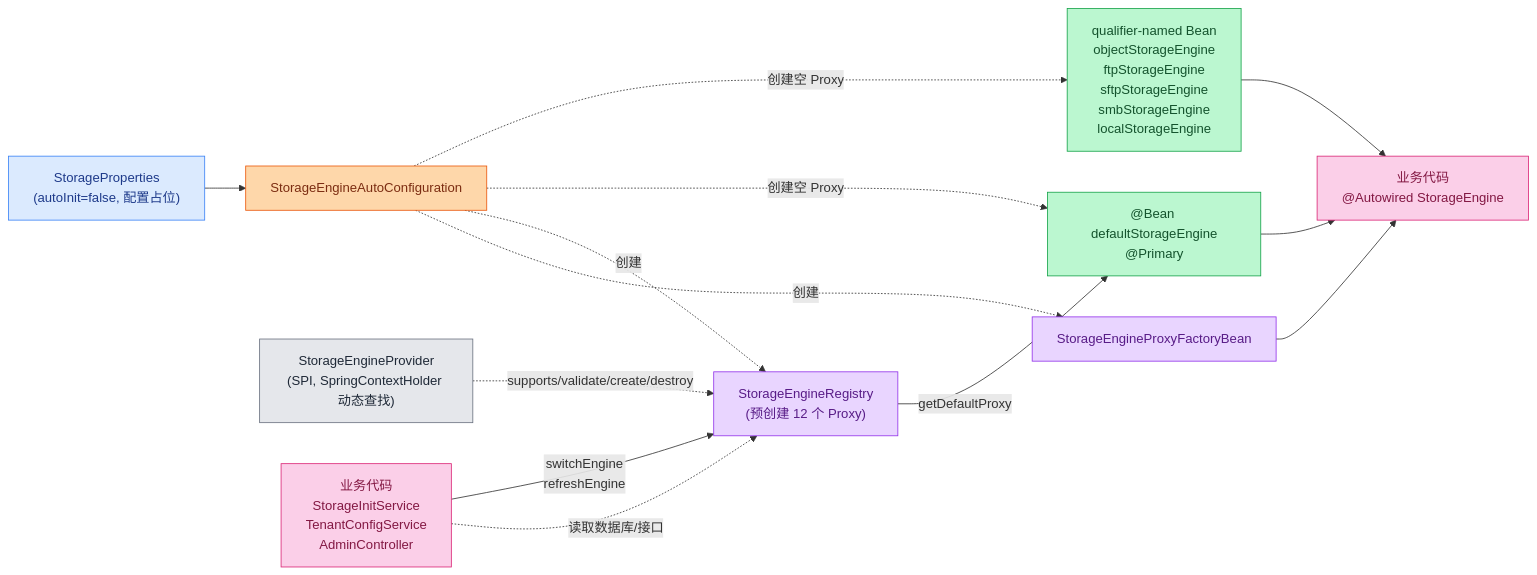
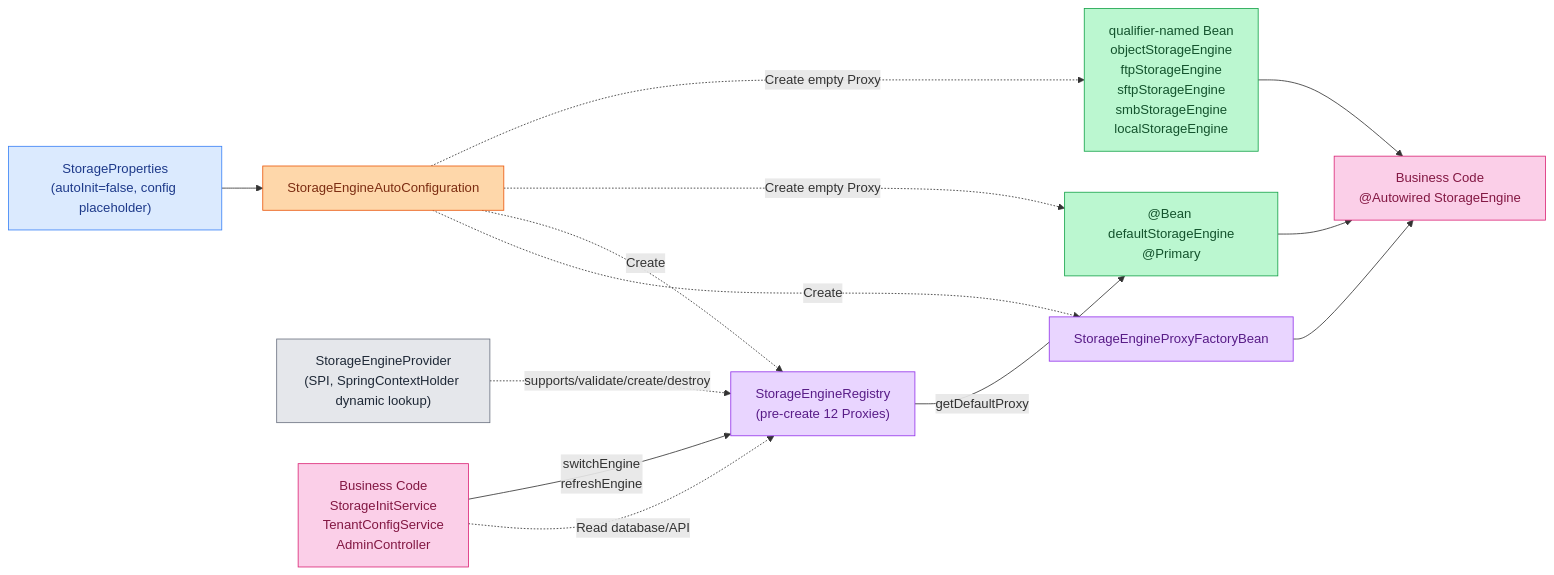
The third of 4 diagrams in atlas-richie-component/atlas-richie-component-storage/README.md (richie696/atlas-richie-platform), drawn with Mermaid before and after one commit. The commit also changed other lines of this file and 128 other files, not shown here.

````diff
--- a/atlas-richie-component/atlas-richie-component-storage/README.md
+++ b/atlas-richie-component/atlas-richie-component-storage/README.md
@@ -382,38 +382,38 @@
 ```mermaid
 graph LR
-    SP["StorageProperties<br/>(autoInit=false, 配置占位)"]
+    SP["StorageProperties<br/>(autoInit=false, config placeholder)"]
     AC["StorageEngineAutoConfiguration"]
     Qual["qualifier-named Bean<br/>objectStorageEngine<br/>ftpStorageEngine<br/>sftpStorageEngine<br/>smbStorageEngine<br/>localStorageEngine"]
     DefaultB["@Bean defaultStorageEngine<br/>@Primary"]
-    Reg["StorageEngineRegistry<br/>(预创建 12 个 Proxy)"]
+    Reg["StorageEngineRegistry<br/>(pre-create 12 Proxies)"]
     Proxy["StorageEngineProxyFactoryBean"]
-    Provider["StorageEngineProvider<br/>(SPI, SpringContextHolder 动态查找)"]
-    Biz["业务代码<br/>StorageInitService<br/>TenantConfigService<br/>AdminController"]
-    App["业务代码<br/>@Autowired StorageEngine"]
+    Provider["StorageEngineProvider<br/>(SPI, SpringContextHolder dynamic lookup)"]
+    Biz["Business Code<br/>StorageInitService<br/>TenantConfigService<br/>AdminController"]
+    App["Business Code<br/>@Autowired StorageEngine"]
 
     SP --> AC
-    AC -.创建空 Proxy.-> Qual
-    AC -.创建空 Proxy.-> DefaultB
-    AC -.创建.-> Reg
-    AC -.创建.-> Proxy
+    AC -.Create empty Proxy.-> Qual
+    AC -.Create empty Proxy.-> DefaultB
+    AC -.Create.-> Reg
+    AC -.Create.-> Proxy
     Provider -.supports/validate/create/destroy.-> Reg
     Biz -->|switchEngine<br/>refreshEngine| Reg
-    Biz -.读取数据库/接口.-> Reg
+    Biz -.Read database/API.-> Reg
     Reg -->|getDefaultProxy| DefaultB
     Qual & DefaultB --> App
     Proxy --> App
 
     classDef configLayer fill:#dbeafe,stroke:#3b82f6,color:#1e3a8a
     classDef autoConfigLayer fill:#fed7aa,stroke:#ea580c,color:#7c2d12
     classDef engineBean fill:#bbf7d0,stroke:#16a34a,color:#14532d
     classDef registryLayer fill:#e9d5ff,stroke:#9333ea,color:#581c87
     classDef businessLayer fill:#fbcfe8,stroke:#db2777,color:#831843
     classDef spiLayer fill:#e5e7eb,stroke:#6b7280,color:#1f2937
 
     class SP configLayer
     class AC autoConfigLayer
     class Qual,DefaultB engineBean
     class Reg,Proxy registryLayer
     class Biz,App businessLayer
     class Provider spiLayer
 ```
````
